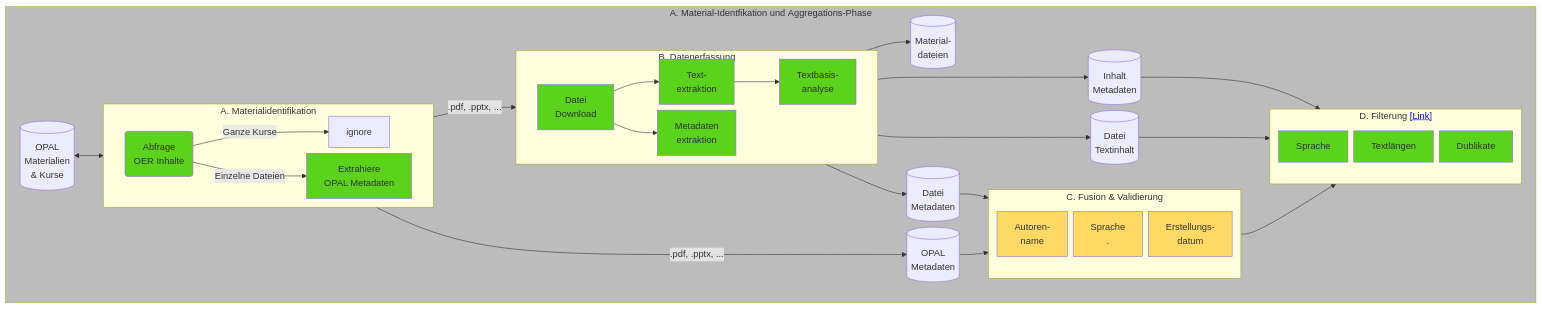
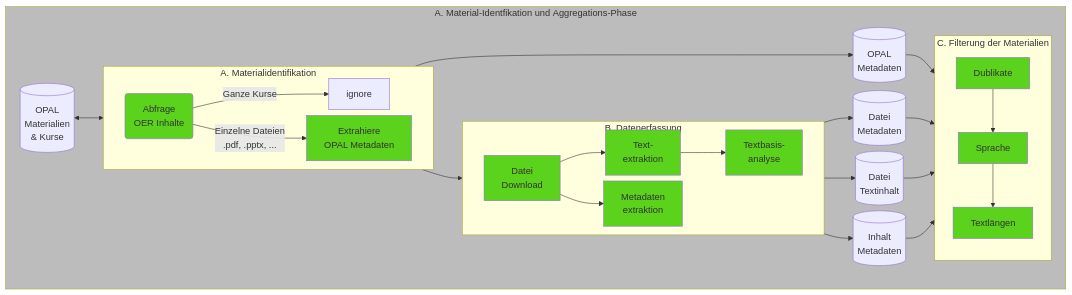
The first of 2 diagrams in README.md (TUBAF-IFI-ConnectedLecturer/Data_aggregation), drawn with Mermaid before and after one commit.

````diff
--- a/README.md
+++ b/README.md
@@ -53,71 +53,58 @@
 ```mermaid
-flowchart TD
+flowchart
 %%{init:{'flowchart':{'nodeSpacing': 10, 'rankSpacing': 25}}}%%
 
     classDef green fill:#5bd21c
     classDef yellow fill:#ffd966
     classDef gray fill:#bcbcbc
 
-    
+
     subgraph BASIC[A.&nbsp;Material‑Identfikation&nbsp;und&nbsp;Aggregations‑Phase]
 
     OPAL[(OPAL <br> Materialien <br> & Kurse)] 
 
     subgraph A. Materialidentifikation
     direction LR
     OPAL_QUERY(Abfrage <br>OER Inhalte):::green
     OPAL_QUERY --> |Ganze  Kurse| OPAL_REPOS[ignore]
-    OPAL_QUERY --> |Einzelne Dateien| TYPE_FILTER[Extrahiere <br>OPAL Metadaten]:::green
+    OPAL_QUERY --> |Einzelne Dateien<br> .pdf, .pptx, ...| TYPE_FILTER[Extrahiere <br>OPAL Metadaten]:::green
     
     end
     OPAL<--> OPAL_QUERY
 
     subgraph FILE_AGG["B. "Datenerfassung]
     direction LR
     FILE_DOWNLOAD[Datei<br>Download]:::green --> TEXT_EXTRAKTION[Text-<br>extraktion]:::green --> TEXT_ANALYSIS[Textbasis-<br>analyse]:::green
     FILE_DOWNLOAD --> FILE_METADATA_EXTRACTION[Metadaten<br>extraktion]:::green
     end
 
-    TYPE_FILTER -->  |.pdf, .pptx, ... | FILE_DOWNLOAD
-
-    OPAL_FILES[(Material-<br>dateien)]
-    FILE_DOWNLOAD --> OPAL_FILES
+    TYPE_FILTER --> FILE_DOWNLOAD
 
     FILE_METADATA[(Datei<br>Metadaten)]
     FILE_METADATA_EXTRACTION --> FILE_METADATA
 
     OPAL_METADATA[(OPAL<br>Metadaten)]
-    TYPE_FILTER --> |.pdf, .pptx, ... | OPAL_METADATA
+    TYPE_FILTER -->  OPAL_METADATA
 
     OPAL_CONTENT[(Datei<br>Textinhalt)]
     TEXT_EXTRAKTION --> OPAL_CONTENT
 
     CONTENT_METADATA[(Inhalt<br> Metadaten)]
     TEXT_ANALYSIS --> CONTENT_METADATA
 
-    subgraph FUSION["C. "Fusion & Validierung]
+    subgraph FILTER["C. Filterung der Materialien"]
     direction TB
-    ABC[Autoren-<br>name]:::yellow
-    CDE[Sprache<br>.]:::yellow
-    EFG[Erstellungs-<br>datum]:::yellow
-
-    end
-
-    subgraph FILTER["D. Filterung <a href='http://google.com'>[Link]</a>"]
-    direction TB
-    Sprache:::green
+    Dublikate:::green --> Sprache:::green
+    Sprache --> Textlängen:::green
     Textlängen:::green
-    Dublikate:::green
     end
 
     CONTENT_METADATA --> FILTER
-    FILE_METADATA --> FUSION
-    OPAL_METADATA --> FUSION
+    FILE_METADATA --> FILTER
+    OPAL_METADATA --> FILTER
     OPAL_CONTENT --> FILTER
-
-    FUSION --> FILTER
 
     end
 
     class BASIC, gray
 ```
````
